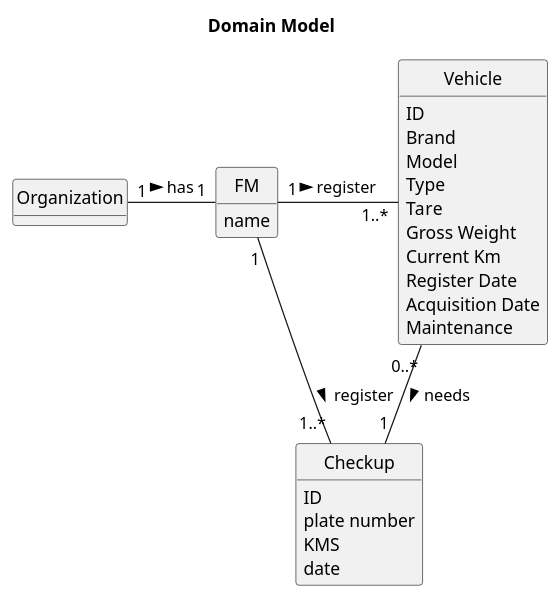
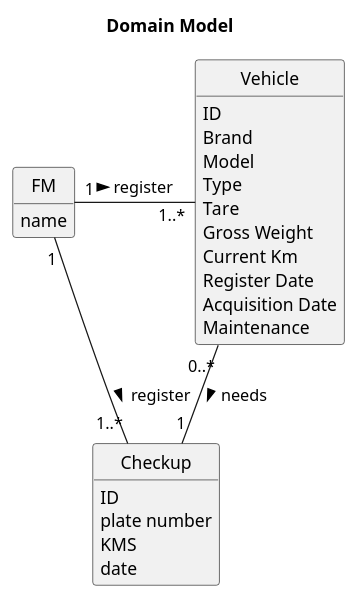
One commit to daniel41silva05/ISEP_2023_2024_LAPR2 changed the diagram in docs/sprintA&B/us007/02.analysis/puml/us007-domain-model.puml. Above: the diagram before and after it, drawn with PlantUML. The commit also changed 5 other files, not shown here.

```diff
--- a/docs/sprintA&B/us007/02.analysis/puml/us007-domain-model.puml
+++ b/docs/sprintA&B/us007/02.analysis/puml/us007-domain-model.puml
@@ -1,46 +1,46 @@
     @startuml
 skinparam monochrome true
 skinparam packageStyle rectangle
 skinparam shadowing false
 
 'left to right direction
 
 skinparam classAttributeIconSize 0
 
 hide circle
 
 hide methods
 
 title Domain Model
 
 class FM {
     name
 
 }
 
 class Checkup {
     ID
     plate number
      KMS
      date
 }
 
 class Vehicle {
     ID
     Brand
     Model
     Type
     Tare
     Gross Weight
     Current Km
     Register Date
     Acquisition Date
     Maintenance
 }
 
-Organization "1" - "1" FM : has >
+'Organization "1" - "1" FM : has >
 FM "1" - "1..*" Vehicle : register >
 FM "1" - "1..*" Checkup : register >
 Vehicle "0..*" -- "1" Checkup : needs >
 
 @enduml
```
